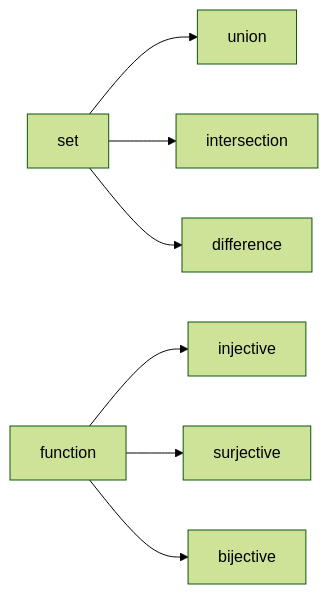
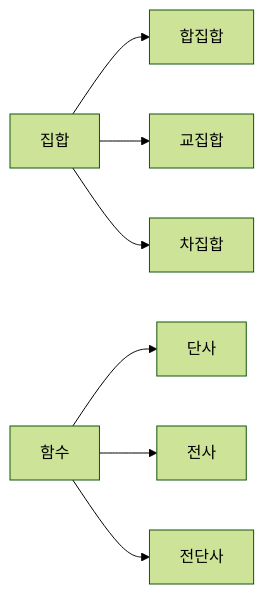
Before and after one commit to yeongseon-books/book-content: the diagram in content/math-for-cs-101/ko/03-sets-and-functions.md, drawn with Mermaid (forest theme). The commit also changed other lines of this file and 8 other files, not shown here.

````diff
--- a/content/math-for-cs-101/ko/03-sets-and-functions.md
+++ b/content/math-for-cs-101/ko/03-sets-and-functions.md
@@ -33,9 +45,9 @@
 ```mermaid
 flowchart LR
-    Set["set"] --> Union["union"]
-    Set --> Inter["intersection"]
-    Set --> Diff["difference"]
-    Func["function"] --> Inj["injective"]
-    Func --> Sur["surjective"]
-    Func --> Bij["bijective"]
+    Set["집합"] --> Union["합집합"]
+    Set --> Inter["교집합"]
+    Set --> Diff["차집합"]
+    Func["함수"] --> Inj["단사"]
+    Func --> Sur["전사"]
+    Func --> Bij["전단사"]
 ```
````
